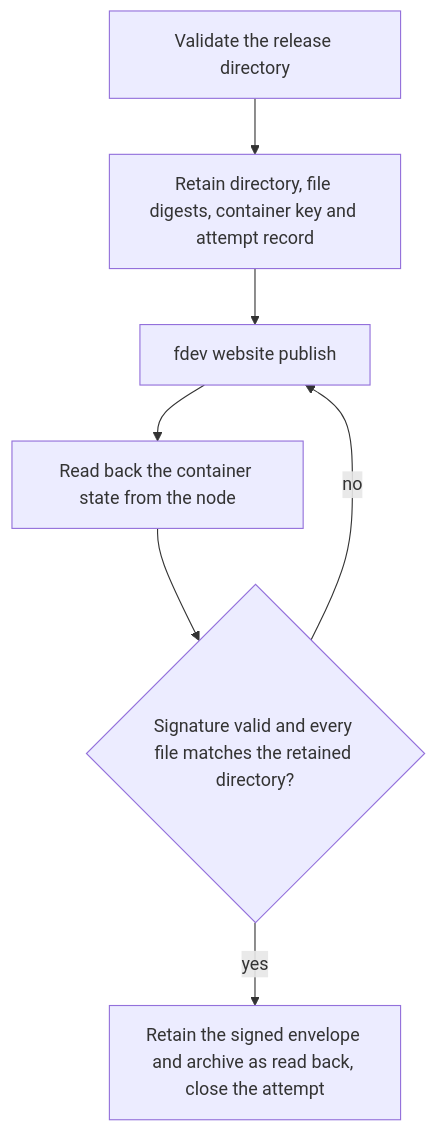
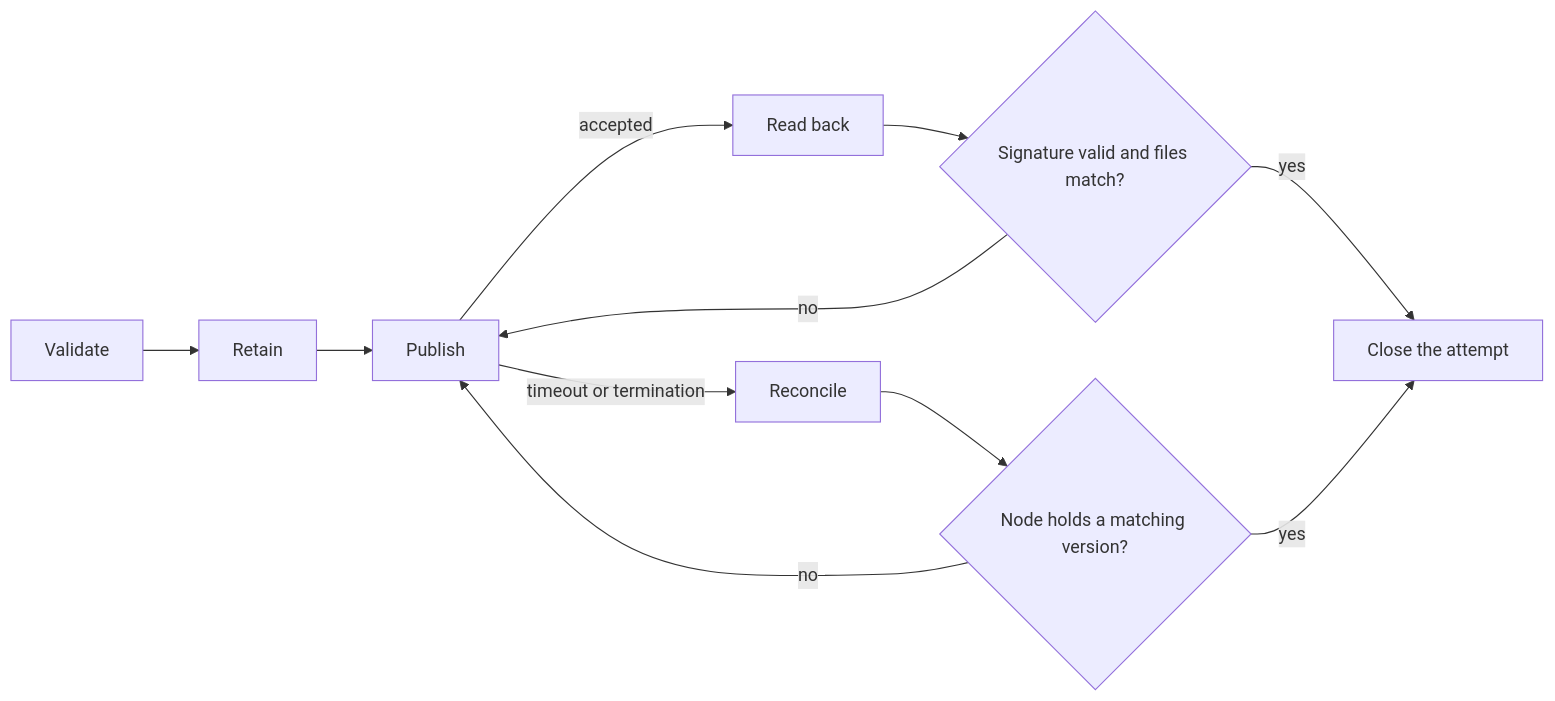
One commit to EVY-Platform/evy-freenet-plans changed the diagram in 1-freenet-mobile-appkit/04-bundles.md. Above: the diagram before and after it, drawn with Mermaid. The commit also changed other lines of this file and 37 other files, not shown here.

````diff
--- a/1-freenet-mobile-appkit/04-bundles.md
+++ b/1-freenet-mobile-appkit/04-bundles.md
@@ -119,9 +115,13 @@
 ```mermaid
-flowchart TD
-    A[Validate the release directory] --> B[Retain directory, file digests, container key and attempt record]
-    B --> C[fdev website publish]
-    C --> D[Read back the container state from the node]
-    D --> E{Signature valid and every file matches the retained directory?}
-    E -- yes --> F[Retain the signed envelope and archive as read back, close the attempt]
-    E -- no --> C
+flowchart LR
+    A[Validate] --> B[Retain]
+    B --> C[Publish]
+    C -- accepted --> D[Read back]
+    C -- timeout or termination --> E[Reconcile]
+    D --> F{Signature valid and files match?}
+    E --> G{Node holds a matching version?}
+    F -- yes --> H[Close the attempt]
+    G -- yes --> H
+    F -- no --> C
+    G -- no --> C
 ```
````
